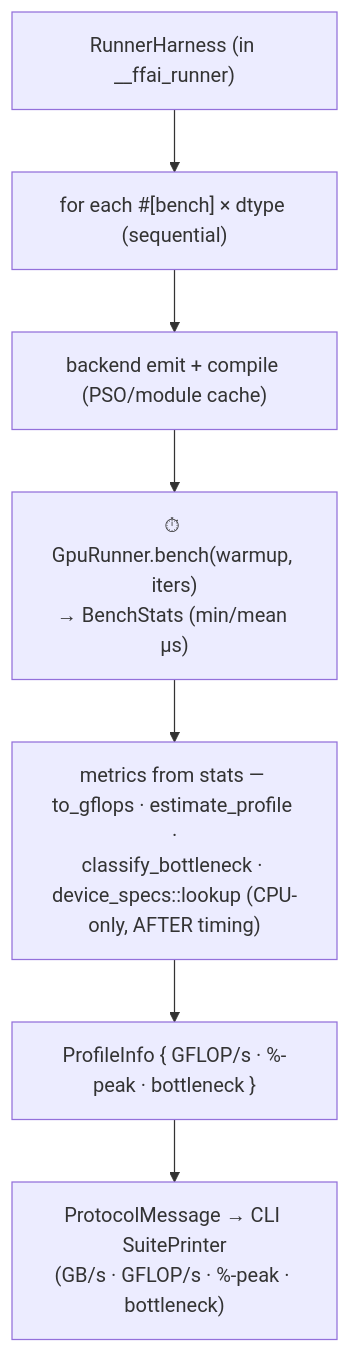
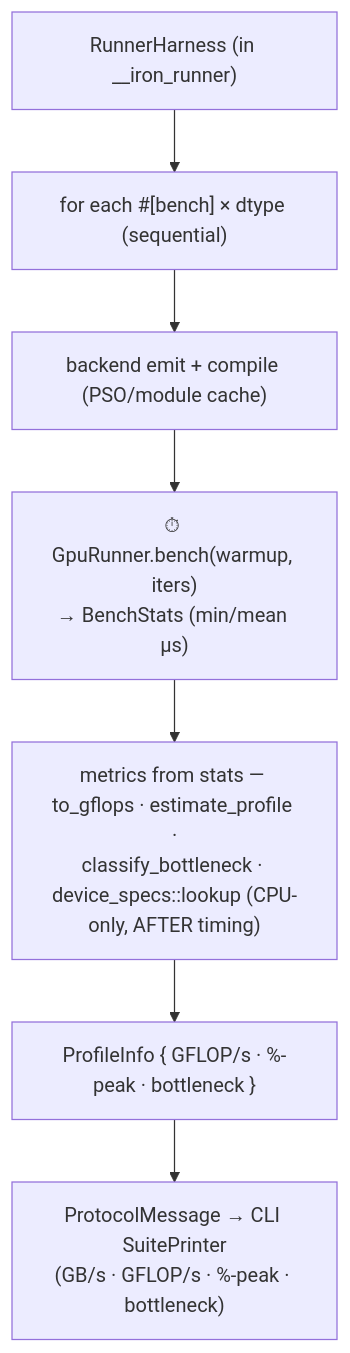
The fifth of 6 diagrams in docs/specs/ARCHITECTURE.md (giveen/iron), drawn with Mermaid before and after one commit. The commit also changed other lines of this file and 1096 other files, not shown here.

````diff
--- a/docs/specs/ARCHITECTURE.md
+++ b/docs/specs/ARCHITECTURE.md
@@ -188,9 +188,9 @@
 ```mermaid
 flowchart TD
-    RH["RunnerHarness (in __ffai_runner)"] --> loop["for each #[bench] × dtype (sequential)"]
+    RH["RunnerHarness (in __iron_runner)"] --> loop["for each #[bench] × dtype (sequential)"]
     loop --> emit["backend emit + compile (PSO/module cache)"]
     emit --> timed["⏱ GpuRunner.bench(warmup, iters)<br/>→ BenchStats (min/mean µs)"]
     timed --> dm["metrics from stats — to_gflops · estimate_profile ·<br/>classify_bottleneck · device_specs::lookup (CPU-only, AFTER timing)"]
     dm --> res["ProfileInfo { GFLOP/s · %-peak · bottleneck }"]
     res --> proto["ProtocolMessage → CLI SuitePrinter<br/>(GB/s · GFLOP/s · %-peak · bottleneck)"]
 ```
````
